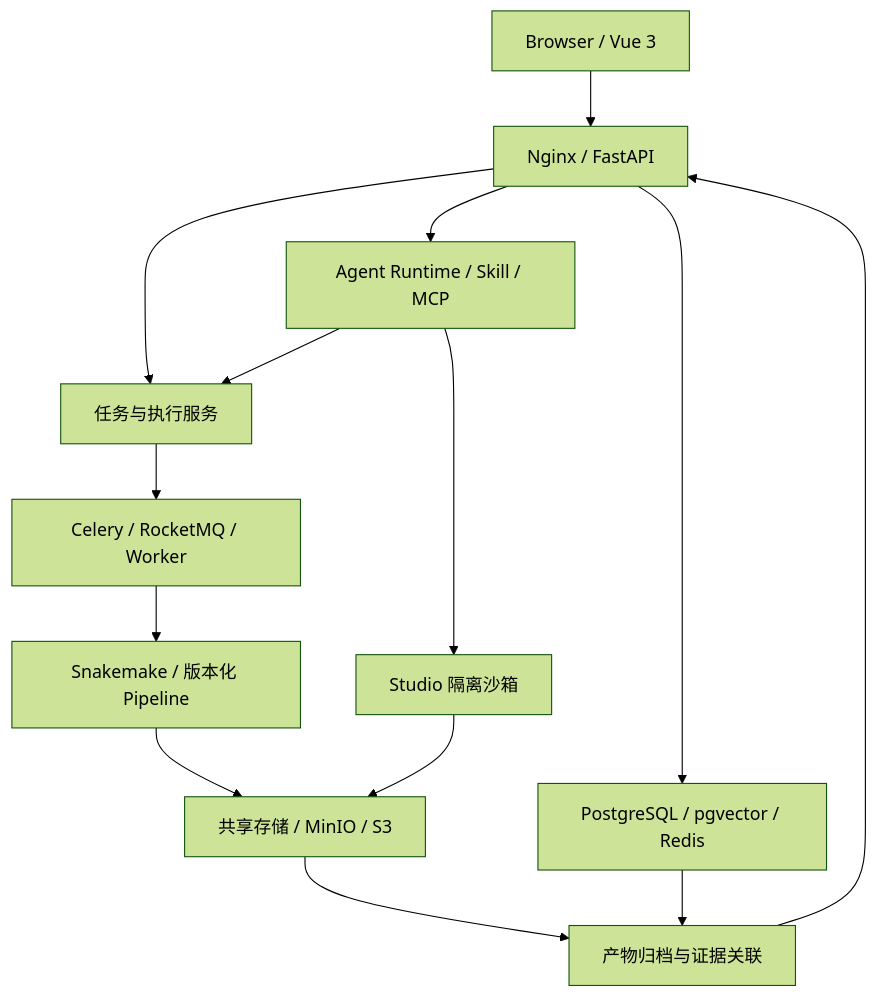
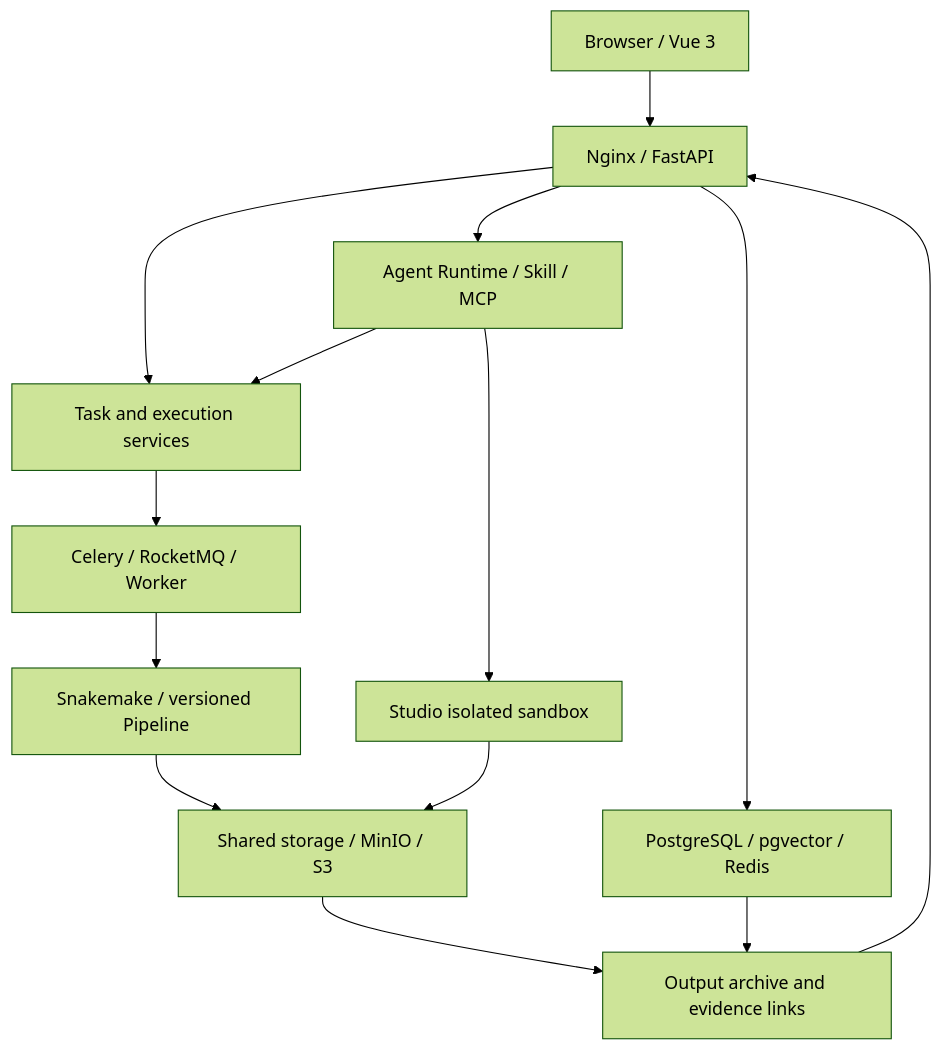
Before and after one commit to CygnusX-Labs/CygnusX: the second of 2 diagrams in README.md, drawn with Mermaid (forest theme). The commit also changed other lines of this file and 1690 other files, not shown here.

````diff
--- a/README.md
+++ b/README.md
@@ -196,16 +138,16 @@
 ```mermaid
 flowchart TD
     U["Browser / Vue 3"] --> N["Nginx / FastAPI"]
     N --> A["Agent Runtime / Skill / MCP"]
     N --> D["PostgreSQL / pgvector / Redis"]
-    N --> T["任务与执行服务"]
+    N --> T["Task and execution services"]
     A --> T
-    A --> X["Studio 隔离沙箱"]
+    A --> X["Studio isolated sandbox"]
     T --> W["Celery / RocketMQ / Worker"]
-    W --> F["Snakemake / 版本化 Pipeline"]
-    F --> S["共享存储 / MinIO / S3"]
+    W --> F["Snakemake / versioned Pipeline"]
+    F --> S["Shared storage / MinIO / S3"]
     X --> S
-    S --> E["产物归档与证据关联"]
+    S --> E["Output archive and evidence links"]
     D --> E
     E --> N
 ```
````
